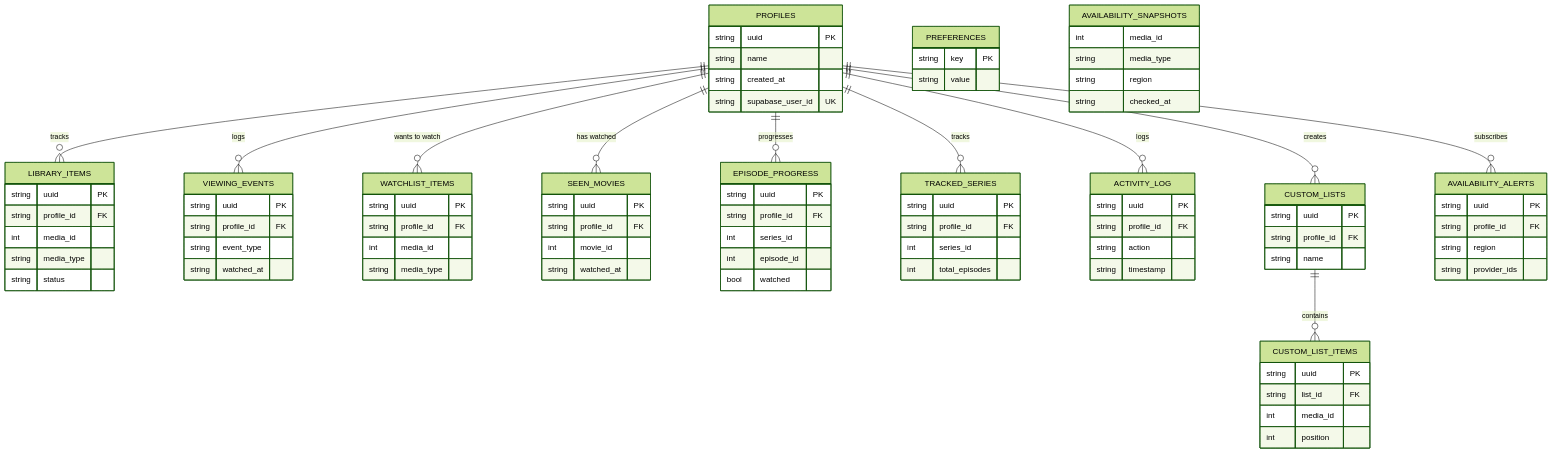
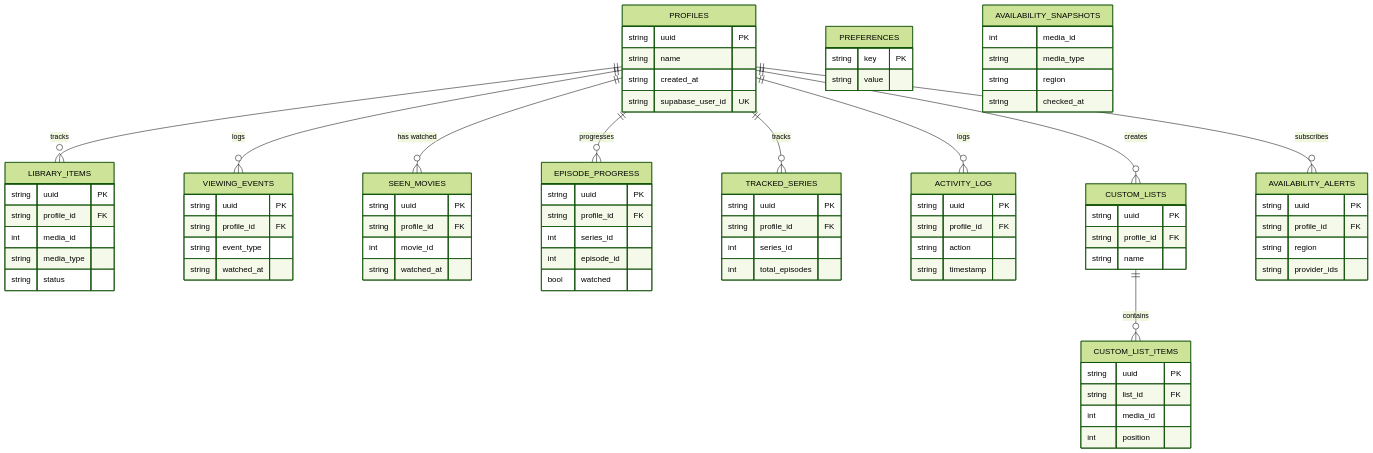
The diagram in docs/database-schema.md (Arrows78/cinetrack), drawn with Mermaid (forest theme) before and after one commit. The commit also changed other lines of this file and 67 other files, not shown here.

```diff
--- a/docs/database-schema.md
+++ b/docs/database-schema.md
@@ -264,12 +251,6 @@
         string profile_id FK
         string event_type
         string watched_at
-    }
-    WATCHLIST_ITEMS {
-        string uuid PK
-        string profile_id FK
-        int media_id
-        string media_type
     }
     SEEN_MOVIES {
         string uuid PK
@@ -322,7 +303,6 @@
 
     PROFILES ||--o{ LIBRARY_ITEMS : tracks
     PROFILES ||--o{ VIEWING_EVENTS : logs
-    PROFILES ||--o{ WATCHLIST_ITEMS : "wants to watch"
     PROFILES ||--o{ SEEN_MOVIES : "has watched"
     PROFILES ||--o{ EPISODE_PROGRESS : progresses
     PROFILES ||--o{ TRACKED_SERIES : tracks
```
